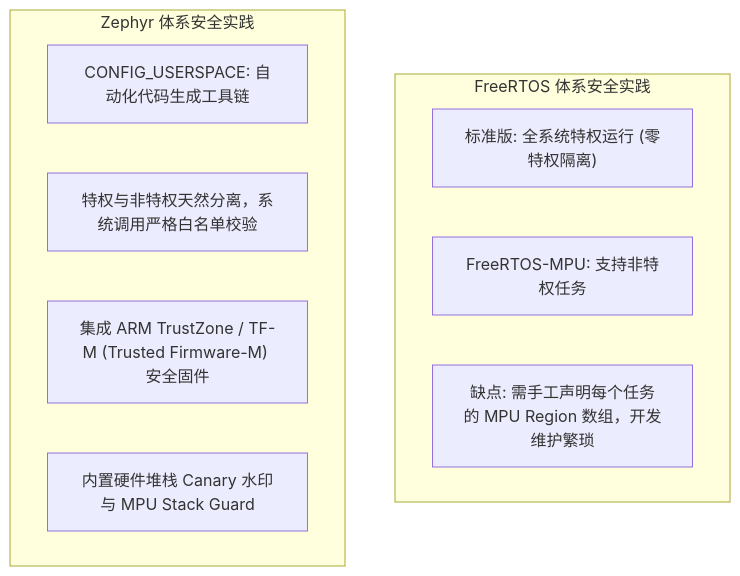
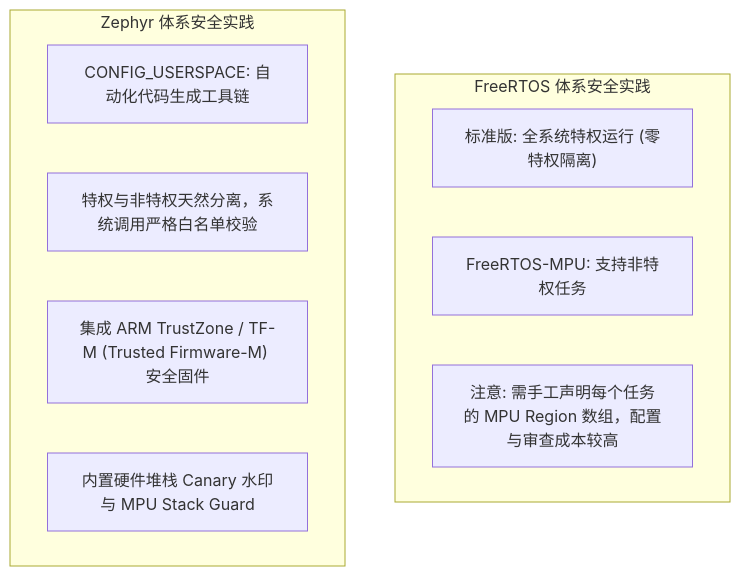
Before and after one commit to YvainZhang/YvainZhang.github.io: the first of 2 diagrams in RTOS/04-Comparative-Study/04-security-memory-isolation.md, drawn with Mermaid. The commit also changed other lines of this file and 44 other files, not shown here.

````diff
--- a/RTOS/04-Comparative-Study/04-security-memory-isolation.md
+++ b/RTOS/04-Comparative-Study/04-security-memory-isolation.md
@@ -7,15 +7,15 @@
 ```mermaid
 flowchart TD
     subgraph FreeRTOS_Security["FreeRTOS 体系安全实践"]
         F1["标准版: 全系统特权运行 (零特权隔离)"]
         F2["FreeRTOS-MPU: 支持非特权任务"]
-        F3["缺点: 需手工声明每个任务的 MPU Region 数组，开发维护繁琐"]
+        F3["注意: 需手工声明每个任务的 MPU Region 数组，配置与审查成本较高"]
     end
 
     subgraph Zephyr_Security["Zephyr 体系安全实践"]
         Z1["CONFIG_USERSPACE: 自动化代码生成工具链"]
         Z2["特权与非特权天然分离，系统调用严格白名单校验"]
         Z3["集成 ARM TrustZone / TF-M (Trusted Firmware-M) 安全固件"]
         Z4["内置硬件堆栈 Canary 水印与 MPU Stack Guard"]
     end
 ```
````
